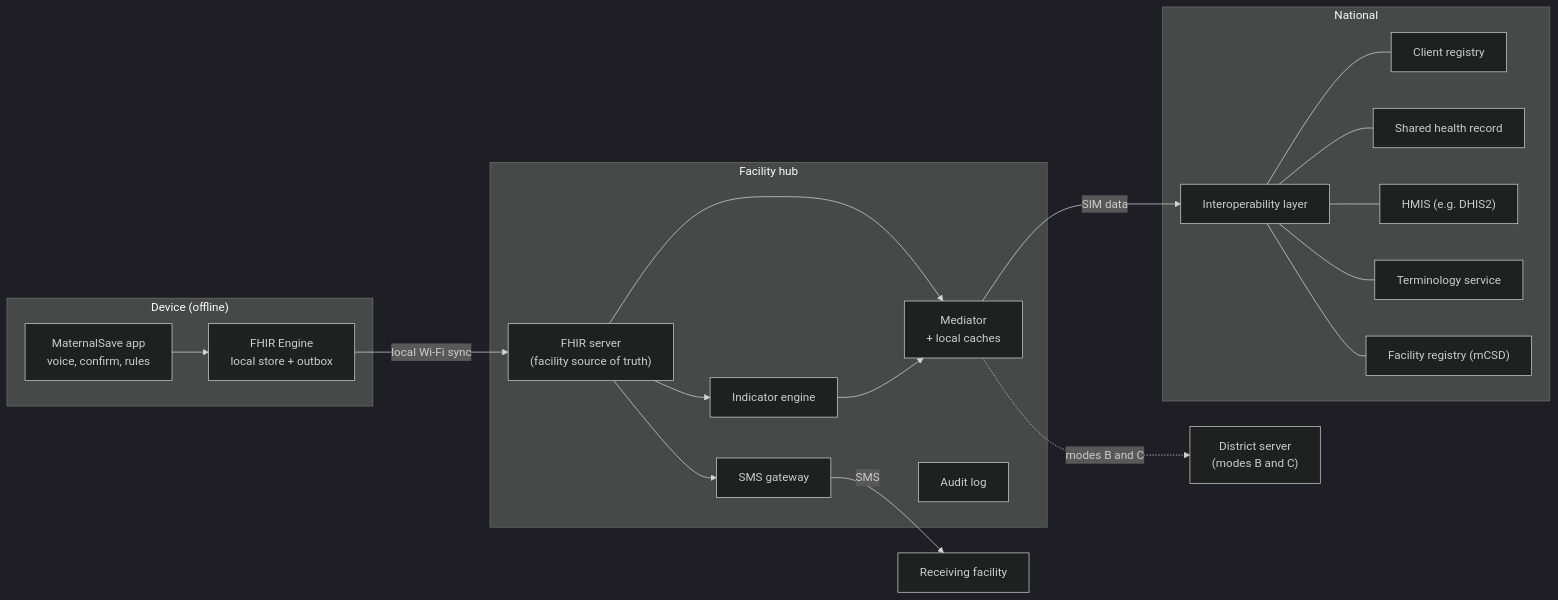
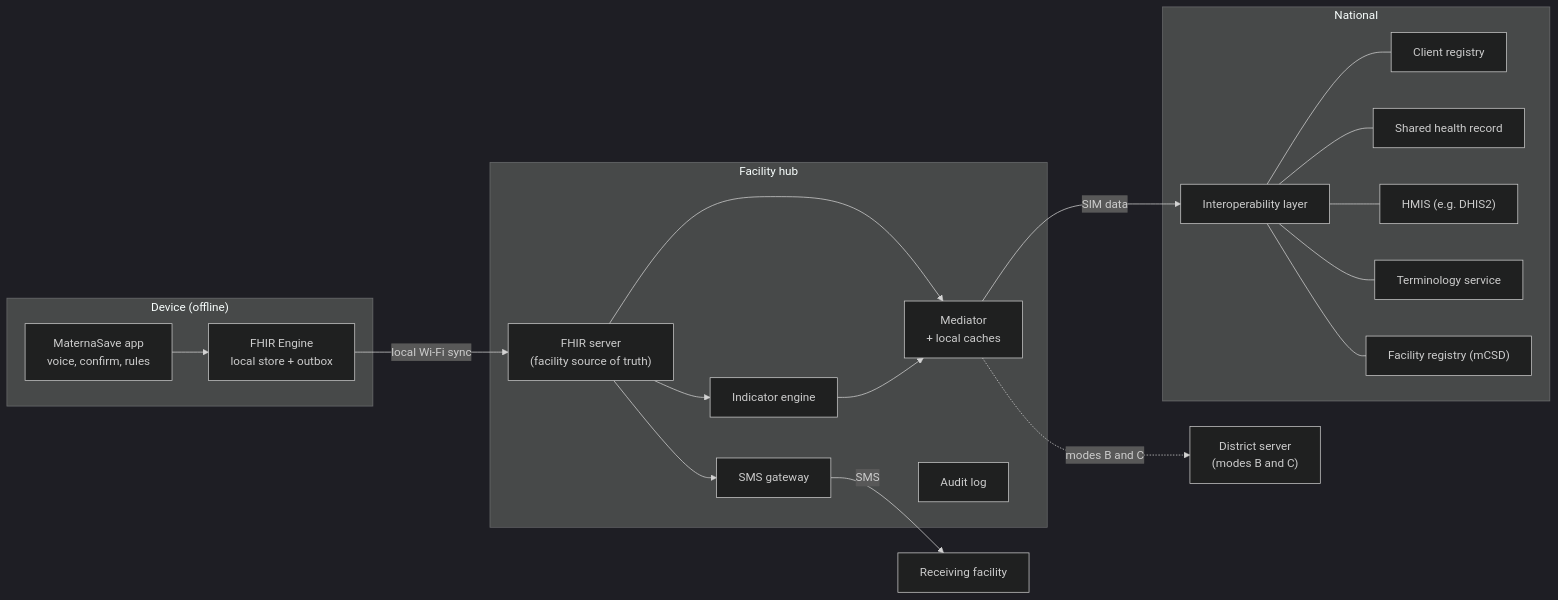
Before and after one commit to casualhuman/ovamha: the first of 3 diagrams in docs/architecture/README.md, drawn with Mermaid (dark theme). The commit also changed other lines of this file and 27 other files, not shown here.

First line of the commit message:
Rename the product MaternalSave -> MaternaSave in the app and docs

````diff
--- a/docs/architecture/README.md
+++ b/docs/architecture/README.md
@@ -73,30 +73,30 @@
 ```mermaid
 flowchart LR
   subgraph DEV["Device (offline)"]
-    APP["MaternalSave app<br/>voice, confirm, rules"] --> ENG["FHIR Engine<br/>local store + outbox"]
+    APP["MaternaSave app<br/>voice, confirm, rules"] --> ENG["FHIR Engine<br/>local store + outbox"]
   end
   subgraph HUB["Facility hub"]
     FHIR["FHIR server<br/>(facility source of truth)"]
     MED["Mediator<br/>+ local caches"]
     SMS["SMS gateway"]
     IND["Indicator engine"]
     AUD["Audit log"]
     FHIR --> MED
     FHIR --> SMS
     FHIR --> IND --> MED
   end
   subgraph NAT["National"]
     HIE["Interoperability layer"]
     CR["Client registry"]
     SHR["Shared health record"]
     HMIS["HMIS (e.g. DHIS2)"]
     TERM["Terminology service"]
     FR["Facility registry (mCSD)"]
     HIE --- CR & SHR & HMIS & TERM & FR
   end
   DIST["District server<br/>(modes B and C)"]
   ENG -- "local Wi-Fi sync" --> FHIR
   SMS -- "SMS" --> RCV["Receiving facility"]
   MED -- "SIM data" --> HIE
   MED -. "modes B and C" .-> DIST
 ```
````
